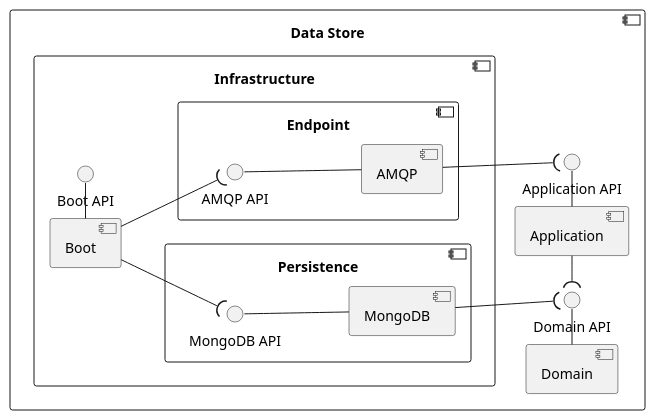
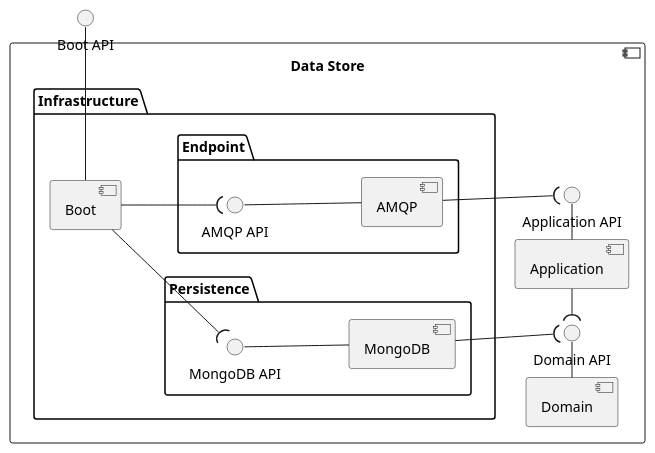
The diagram in assets/diagrams/design/architectural/level3/logical/data-store.pu (FilipeMCruz/dissertation), drawn with PlantUML before and after one commit. The commit also changed 296 other files, not shown here.

```diff
--- a/assets/diagrams/design/architectural/level3/logical/data-store.pu
+++ b/assets/diagrams/design/architectural/level3/logical/data-store.pu
@@ -1,39 +1,40 @@
 @startuml data-store
 
 left to right direction
 
+interface "Boot API" as BOOT_API
+
 component "Data Store" {
     component "Domain" as DOM
     component "Application" as APP
-    component "Infrastructure" as INFRA {
+    folder "Infrastructure" as INFRA {
         component "Boot" as BOOT
-        component "Persistence" {
+        folder "Persistence" {
             component "MongoDB" as DB
             interface "MongoDB API" as DB_API
         }
-        component "Endpoint" as ENDPOINT {
+        folder "Endpoint" as ENDPOINT {
             component "AMQP" as AMQP
             interface "AMQP API" as AMQP_API
         }
-        interface "Boot API" as BOOT_API
     }
 
     interface "Application API" as APP_API
     interface "Domain API" as DOM_API
 
     DOM - DOM_API
 
     AMQP_API -- AMQP
     APP - APP_API
     DB_API -- DB
 
     BOOT - BOOT_API
 
     AMQP --( APP_API
     DB --( DOM_API
     DOM_API )- APP
     BOOT --( DB_API
     BOOT --( AMQP_API
 }
 
 @enduml
```
